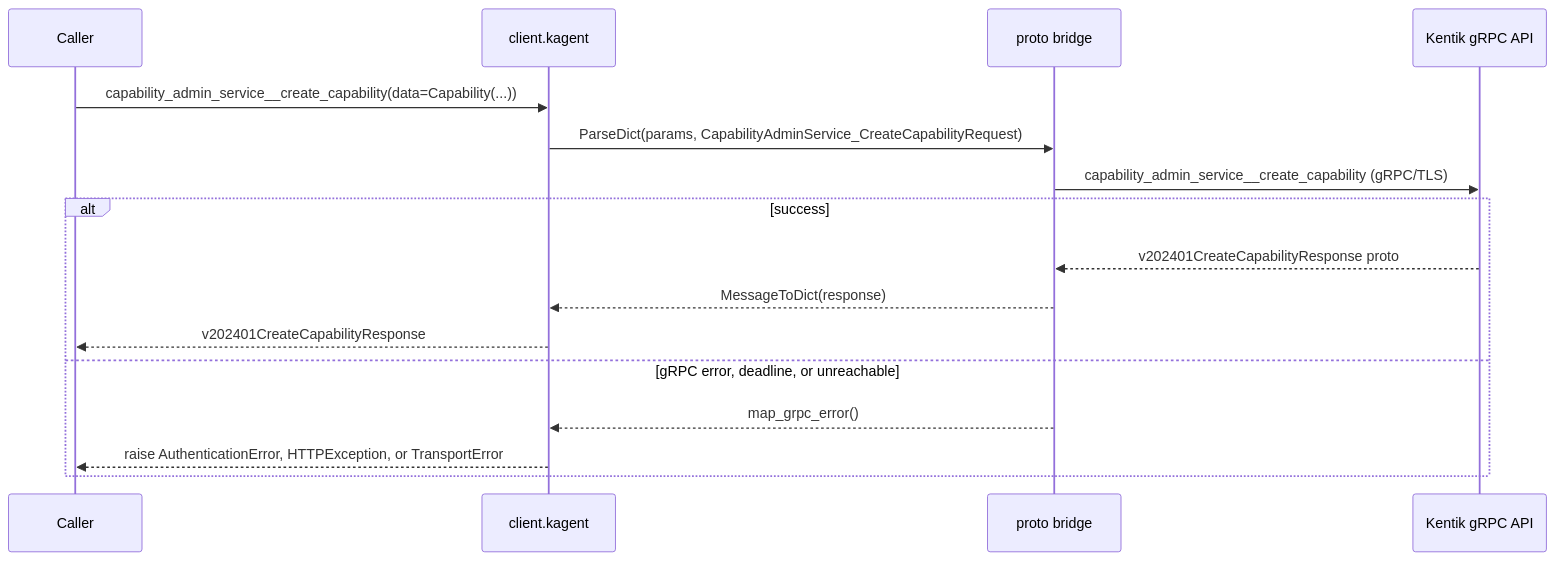
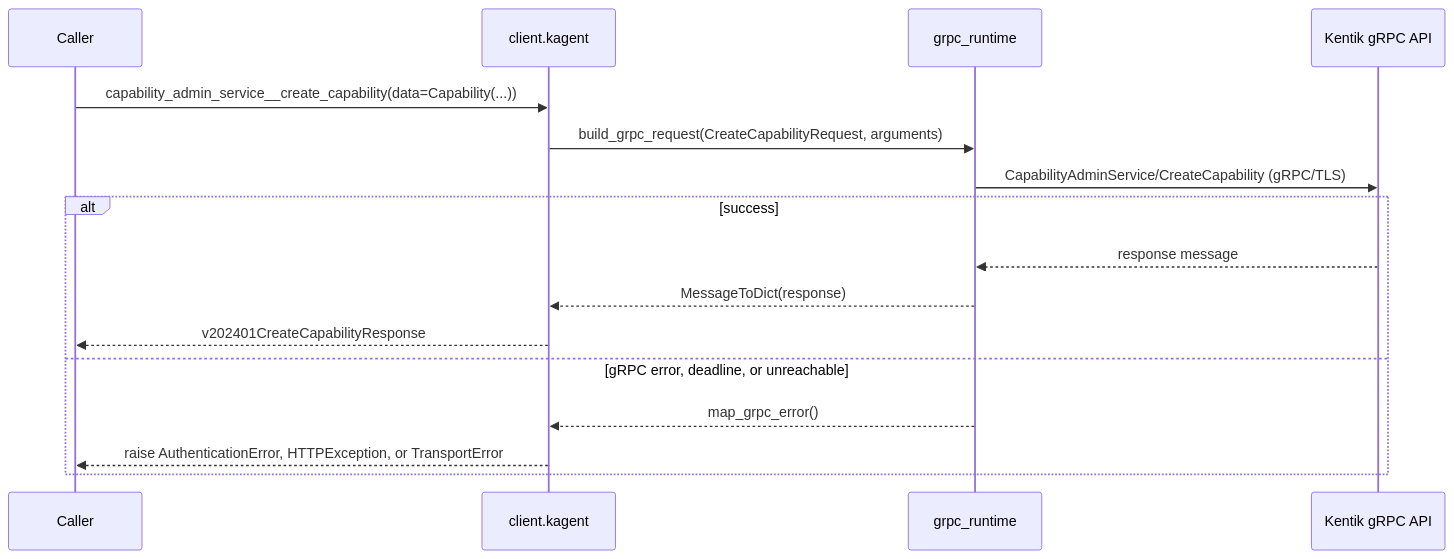
Diagram 27 of 58 in docs/sphinx/services/kagent.md (alexdearaujo/community_sdk_python), drawn with Mermaid before and after one commit. The commit also changed other lines of this file and 37 other files, not shown here.

First line of the commit message:
docs: show the real RPC in each service page's gRPC diagram

````diff
--- a/docs/sphinx/services/kagent.md
+++ b/docs/sphinx/services/kagent.md
@@ -976,19 +976,19 @@
 ```mermaid
 sequenceDiagram
     participant C as Caller
     participant W as client.kagent
-    participant B as proto bridge
+    participant R as grpc_runtime
     participant API as Kentik gRPC API
 
     C->>W: capability_admin_service__create_capability(data=Capability(...))
-    W->>B: ParseDict(params, CapabilityAdminService_CreateCapabilityRequest)
-    B->>API: capability_admin_service__create_capability (gRPC/TLS)
+    W->>R: build_grpc_request(CreateCapabilityRequest, arguments)
+    R->>API: CapabilityAdminService/CreateCapability (gRPC/TLS)
     alt success
-        API-->>B: v202401CreateCapabilityResponse proto
-        B-->>W: MessageToDict(response)
+        API-->>R: response message
+        R-->>W: MessageToDict(response)
         W-->>C: v202401CreateCapabilityResponse
     else gRPC error, deadline, or unreachable
-        B-->>W: map_grpc_error()
+        R-->>W: map_grpc_error()
         W-->>C: raise AuthenticationError, HTTPException, or TransportError
     end
 ```
````
